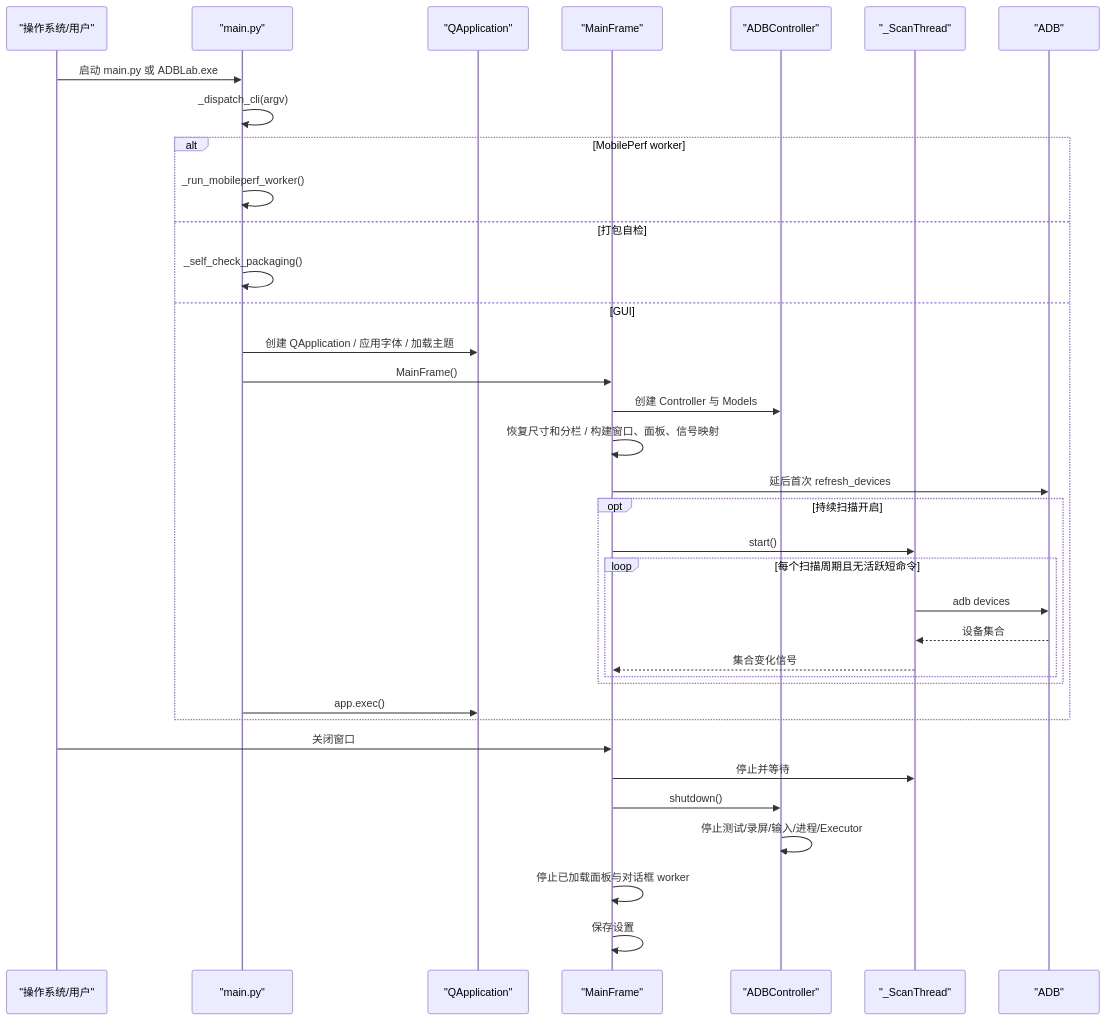
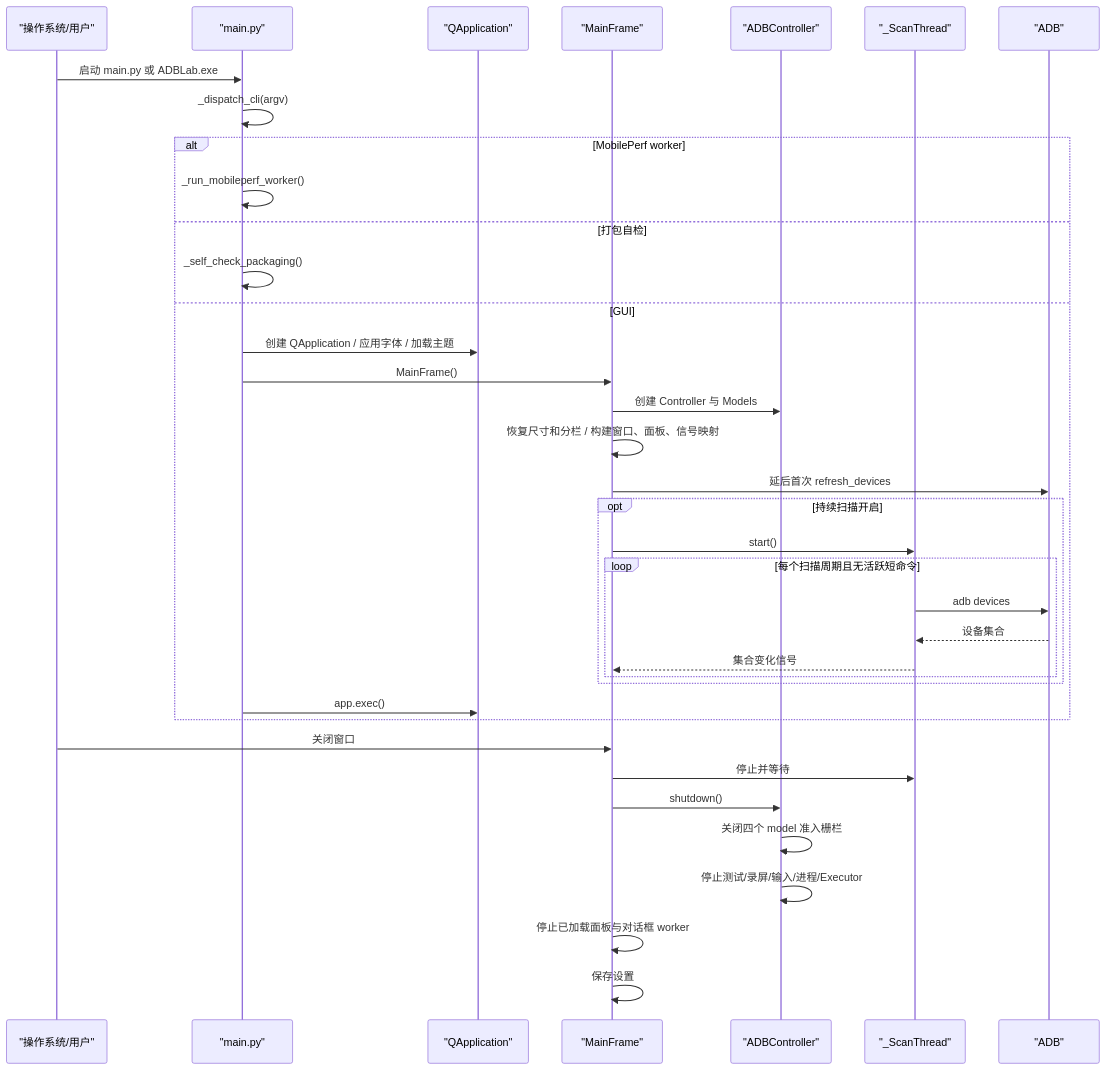
Before and after one commit to BlackHu-art/ADBLab: the second of 2 diagrams in docs/project-knowledge/ARCHITECTURE.md, drawn with Mermaid. The commit also changed other lines of this file and 34 other files, not shown here.

Commit message:
Improve ADBLab architecture and user workflows

````diff
--- a/docs/project-knowledge/ARCHITECTURE.md
+++ b/docs/project-knowledge/ARCHITECTURE.md
@@ -150,39 +150,40 @@
 ```mermaid
 sequenceDiagram
     participant OS as "操作系统/用户"
     participant Main as "main.py"
     participant Qt as "QApplication"
     participant MF as "MainFrame"
     participant C as "ADBController"
     participant Scan as "_ScanThread"
     participant ADB as "ADB"
 
     OS->>Main: 启动 main.py 或 ADBLab.exe
     Main->>Main: _dispatch_cli(argv)
     alt MobilePerf worker
         Main->>Main: _run_mobileperf_worker()
     else 打包自检
         Main->>Main: _self_check_packaging()
     else GUI
         Main->>Qt: 创建 QApplication / 应用字体 / 加载主题
         Main->>MF: MainFrame()
         MF->>C: 创建 Controller 与 Models
         MF->>MF: 恢复尺寸和分栏 / 构建窗口、面板、信号映射
         MF->>ADB: 延后首次 refresh_devices
         opt 持续扫描开启
             MF->>Scan: start()
             loop 每个扫描周期且无活跃短命令
                 Scan->>ADB: adb devices
                 ADB-->>Scan: 设备集合
                 Scan-->>MF: 集合变化信号
             end
         end
         Main->>Qt: app.exec()
     end
     OS->>MF: 关闭窗口
     MF->>Scan: 停止并等待
     MF->>C: shutdown()
+    C->>C: 关闭四个 model 准入栅栏
     C->>C: 停止测试/录屏/输入/进程/Executor
     MF->>MF: 停止已加载面板与对话框 worker
     MF->>MF: 保存设置
 ```
````
